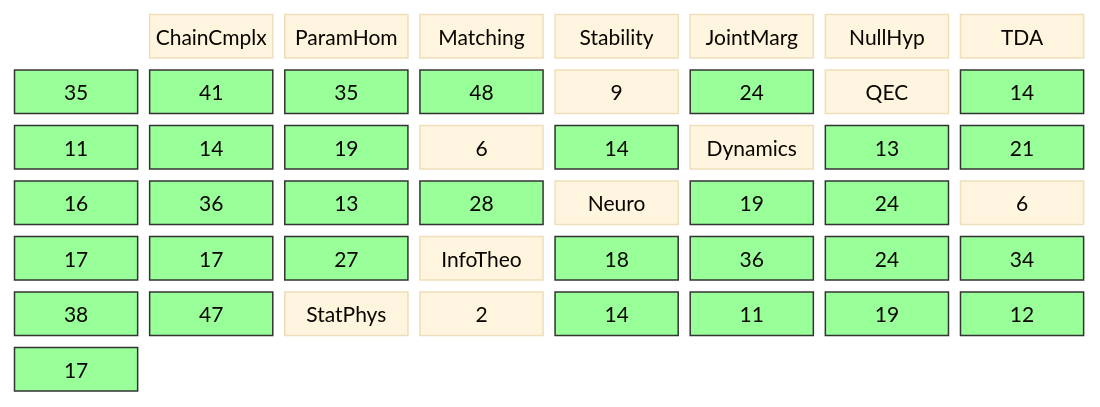
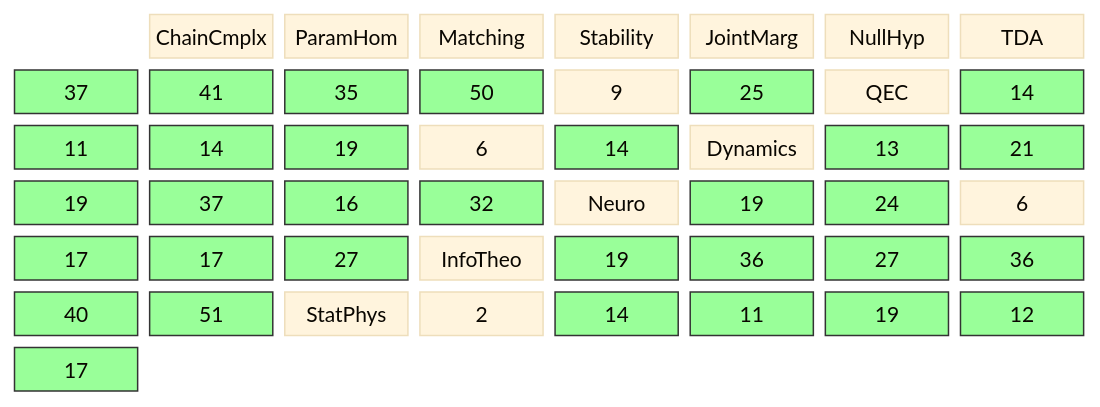
Before and after one commit to musicofhel/topoyolo: the diagram in diagrams/coverage-matrix.md, drawn with Mermaid. The commit also changed other lines of this file and 10 other files, not shown here.

````diff
--- a/diagrams/coverage-matrix.md
+++ b/diagrams/coverage-matrix.md
@@ -22,46 +22,46 @@
 ```mermaid
 %%{init: {'theme': 'base', 'themeVariables': {'fontSize': '14px'}}}%%
 block-beta
   columns 8
 
   space:1 CC["ChainCmplx"] PH["ParamHom"] MA["Matching"] ST["Stability"] JM["JointMarg"] NH["NullHyp"]
 
-  TDA["TDA"] TDA_CC["35"] TDA_PH["41"] TDA_MA["35"] TDA_ST["48"] TDA_JM["9"] TDA_NH["24"]
+  TDA["TDA"] TDA_CC["37"] TDA_PH["41"] TDA_MA["35"] TDA_ST["50"] TDA_JM["9"] TDA_NH["25"]
   QEC["QEC"] QEC_CC["14"] QEC_PH["11"] QEC_MA["14"] QEC_ST["19"] QEC_JM["6"] QEC_NH["14"]
-  DYN["Dynamics"] DYN_CC["13"] DYN_PH["21"] DYN_MA["16"] DYN_ST["36"] DYN_JM["13"] DYN_NH["28"]
+  DYN["Dynamics"] DYN_CC["13"] DYN_PH["21"] DYN_MA["19"] DYN_ST["37"] DYN_JM["16"] DYN_NH["32"]
   NEU["Neuro"] NEU_CC["19"] NEU_PH["24"] NEU_MA["6"] NEU_ST["17"] NEU_JM["17"] NEU_NH["27"]
-  IT["InfoTheo"] IT_CC["18"] IT_PH["36"] IT_MA["24"] IT_ST["34"] IT_JM["38"] IT_NH["47"]
+  IT["InfoTheo"] IT_CC["19"] IT_PH["36"] IT_MA["27"] IT_ST["36"] IT_JM["40"] IT_NH["51"]
   SP["StatPhys"] SP_CC["2"] SP_PH["14"] SP_MA["11"] SP_ST["19"] SP_JM["12"] SP_NH["17"]
   style TDA_CC fill:#9f9,stroke:#333
   style TDA_PH fill:#9f9,stroke:#333
   style TDA_MA fill:#9f9,stroke:#333
   style TDA_ST fill:#9f9,stroke:#333
   style TDA_NH fill:#9f9,stroke:#333
   style QEC_CC fill:#9f9,stroke:#333
   style QEC_PH fill:#9f9,stroke:#333
   style QEC_MA fill:#9f9,stroke:#333
   style QEC_ST fill:#9f9,stroke:#333
   style QEC_NH fill:#9f9,stroke:#333
   style DYN_CC fill:#9f9,stroke:#333
   style DYN_PH fill:#9f9,stroke:#333
   style DYN_MA fill:#9f9,stroke:#333
   style DYN_ST fill:#9f9,stroke:#333
   style DYN_JM fill:#9f9,stroke:#333
   style DYN_NH fill:#9f9,stroke:#333
   style NEU_CC fill:#9f9,stroke:#333
   style NEU_PH fill:#9f9,stroke:#333
   style NEU_ST fill:#9f9,stroke:#333
   style NEU_JM fill:#9f9,stroke:#333
   style NEU_NH fill:#9f9,stroke:#333
   style IT_CC fill:#9f9,stroke:#333
   style IT_PH fill:#9f9,stroke:#333
   style IT_MA fill:#9f9,stroke:#333
   style IT_ST fill:#9f9,stroke:#333
   style IT_JM fill:#9f9,stroke:#333
   style IT_NH fill:#9f9,stroke:#333
   style SP_PH fill:#9f9,stroke:#333
   style SP_MA fill:#9f9,stroke:#333
   style SP_ST fill:#9f9,stroke:#333
   style SP_JM fill:#9f9,stroke:#333
   style SP_NH fill:#9f9,stroke:#333
 ```
````
